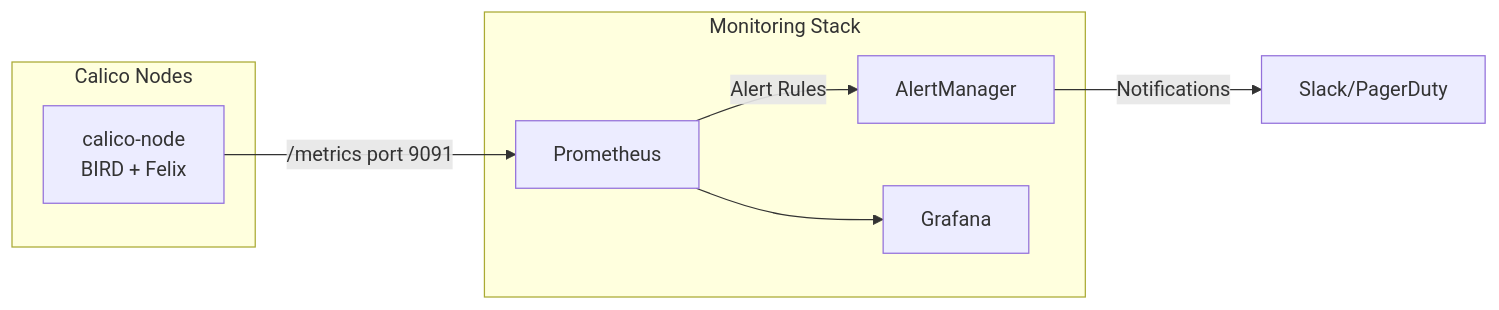
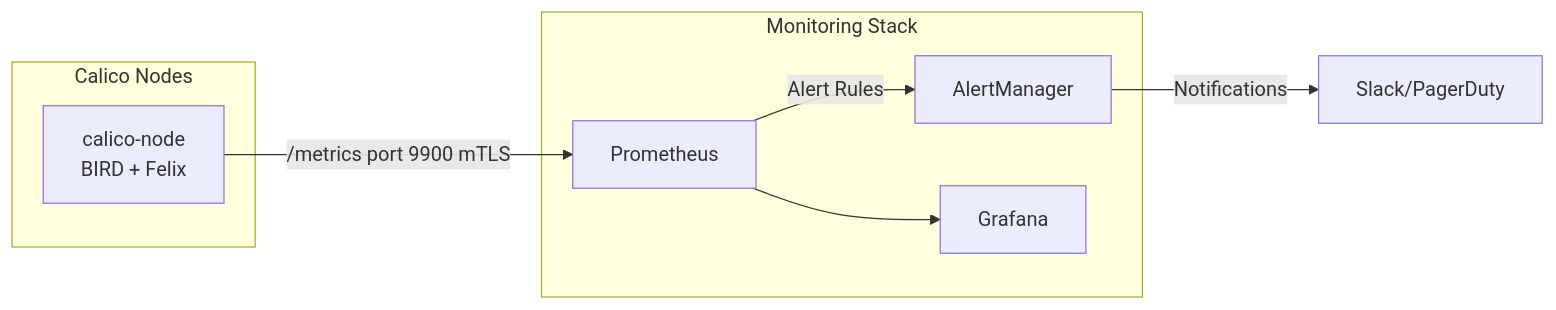
Before and after one commit to OneUptime/blog: the diagram in posts/2026-03-13-monitor-bgp-peering-calico/README.md, drawn with Mermaid. The commit also changed other lines of this file and 2 other files, not shown here.

````diff
--- a/posts/2026-03-13-monitor-bgp-peering-calico/README.md
+++ b/posts/2026-03-13-monitor-bgp-peering-calico/README.md
@@ -103,15 +111,15 @@
 ```mermaid
 graph LR
     subgraph Calico Nodes
         CN[calico-node\nBIRD + Felix]
     end
     subgraph Monitoring Stack
         PROM[Prometheus]
         ALERT[AlertManager]
         GRAF[Grafana]
     end
-    CN -->|/metrics port 9091| PROM
+    CN -->|/metrics port 9900 mTLS| PROM
     PROM -->|Alert Rules| ALERT
     ALERT -->|Notifications| SLACK[Slack/PagerDuty]
     PROM --> GRAF
 ```
````
